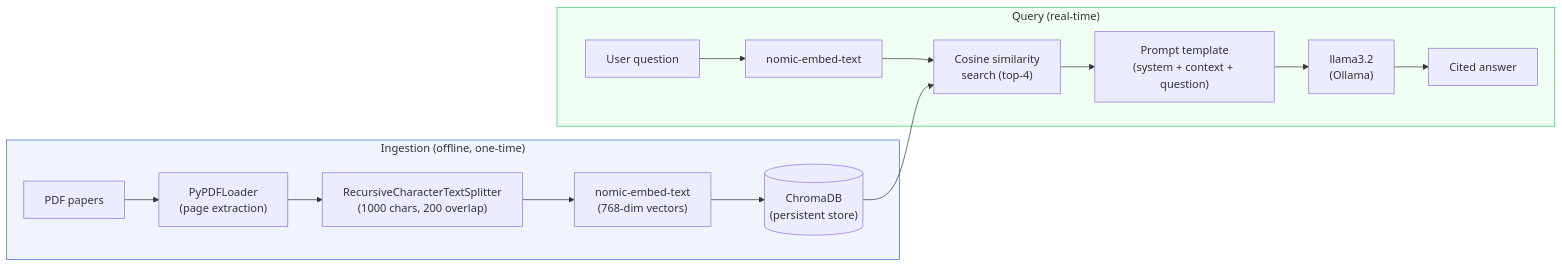
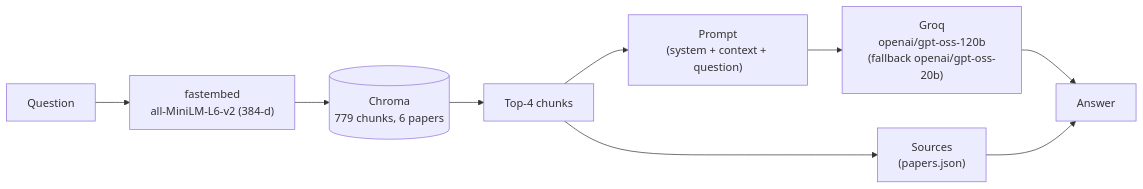
Before and after one commit to rejusam/rag-publications: the diagram in README.md, drawn with Mermaid. The commit also changed other lines of this file and 26 other files, not shown here.

Commit message:
Harden research API: model fallback, verified sources, rate limiting, tests and CI

````diff
--- a/README.md
+++ b/README.md
@@ -9,21 +7,11 @@
 ```mermaid
 flowchart LR
-    subgraph Ingestion["Ingestion (offline, one-time)"]
-        A["PDF papers"] --> B["PyPDFLoader\n(page extraction)"]
-        B --> C["RecursiveCharacterTextSplitter\n(1000 chars, 200 overlap)"]
-        C --> D["nomic-embed-text\n(768-dim vectors)"]
-        D --> E[("ChromaDB\n(persistent store)")]
-    end
-
-    subgraph Query["Query (real-time)"]
-        F["User question"] --> G["nomic-embed-text"]
-        G --> H["Cosine similarity\nsearch (top-4)"]
-        E --> H
-        H --> I["Prompt template\n(system + context + question)"]
-        I --> J["llama3.2\n(Ollama)"]
-        J --> K["Cited answer"]
-    end
-
-    style Ingestion fill:#f0f4ff,stroke:#3366cc
-    style Query fill:#f0fff4,stroke:#33cc66
+    Q["Question"] --> E["fastembed\nall-MiniLM-L6-v2 (384-d)"]
+    E --> C[("Chroma\n779 chunks, 6 papers")]
+    C --> K["Top-4 chunks"]
+    K --> P["Prompt\n(system + context + question)"]
+    P --> G["Groq\nopenai/gpt-oss-120b\n(fallback openai/gpt-oss-20b)"]
+    G --> A["Answer"]
+    K --> S["Sources\n(papers.json)"]
+    S --> A
 ```
````
